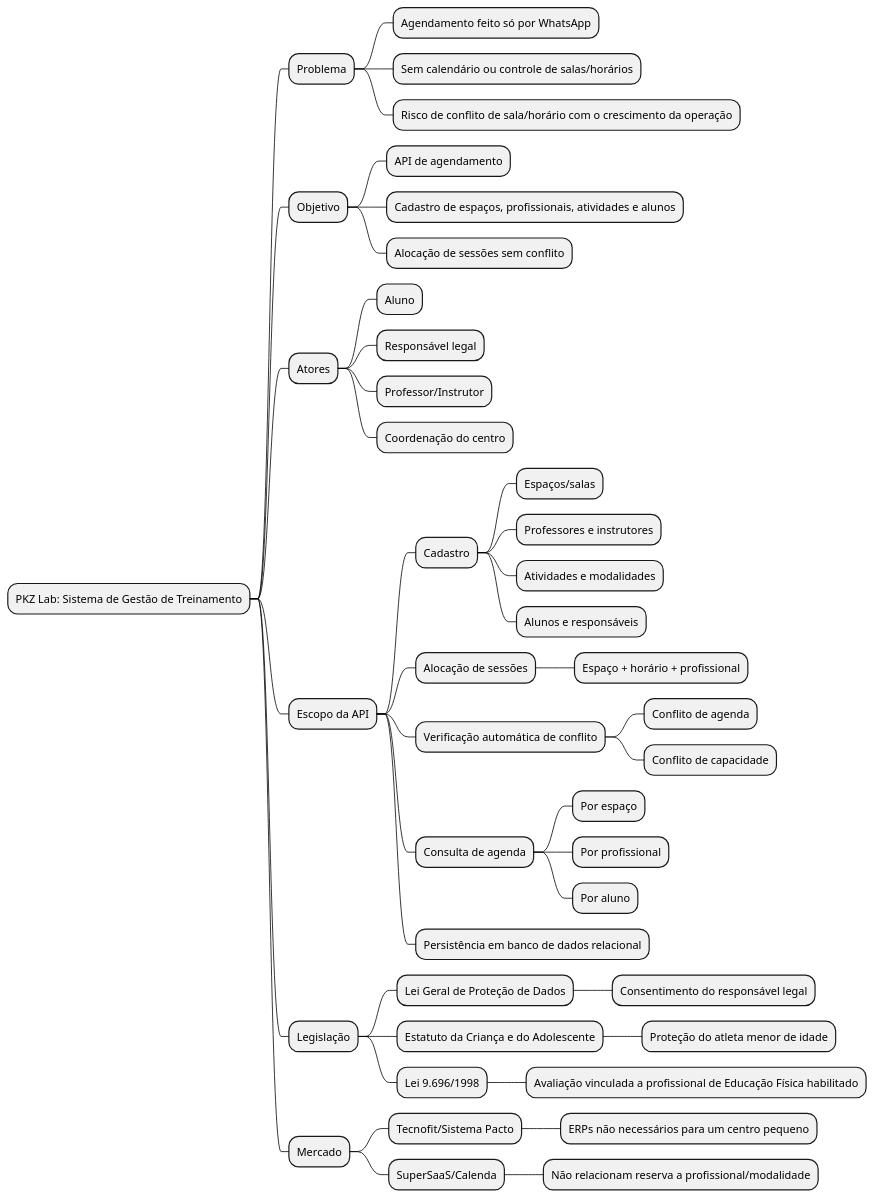
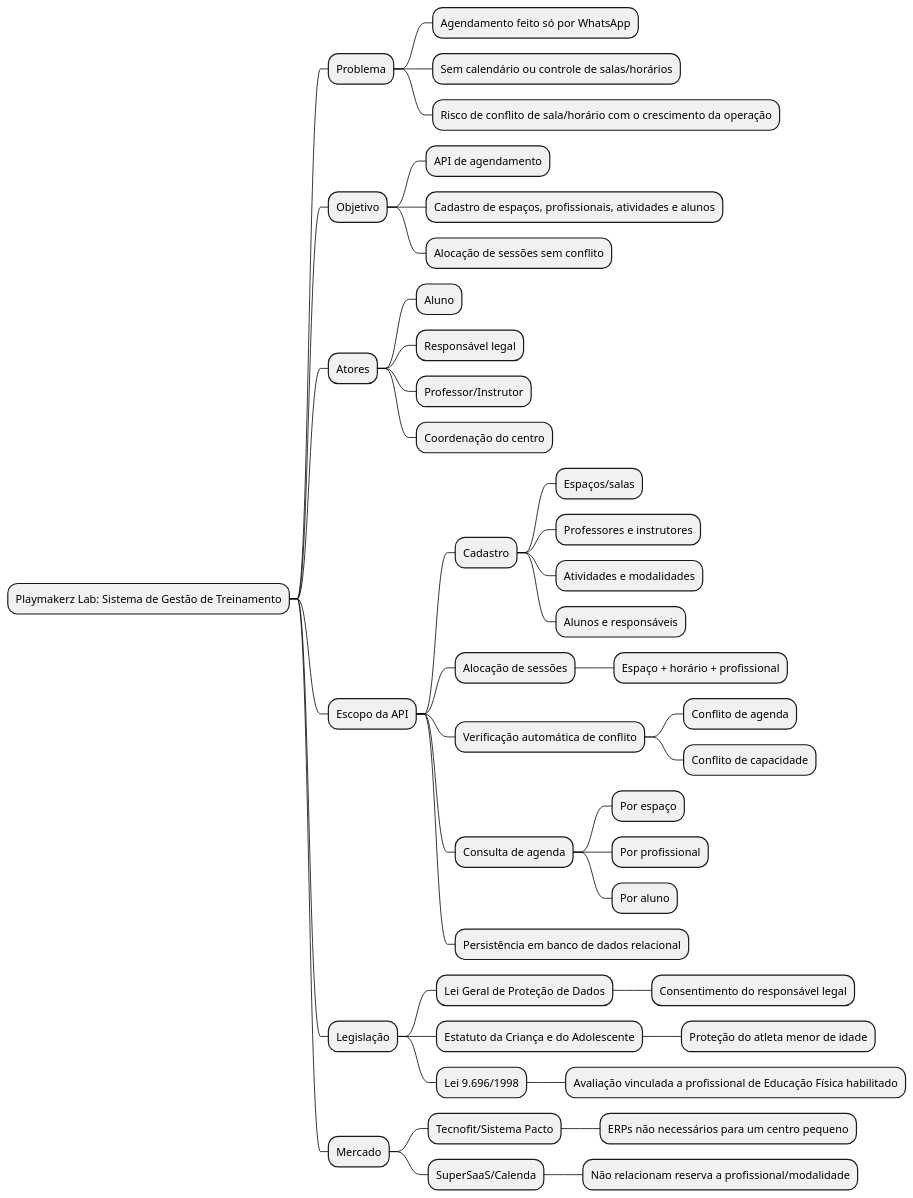
One commit to Projetos-de-Extensao/PECDII_26.2_8001_I changed the first of 2 diagrams in docs/Iniciacao/mapa_mental.md. Above: the diagram before and after it, drawn with PlantUML. The commit also changed other lines of this file and 6 other files, not shown here.

````diff
--- a/docs/Iniciacao/mapa_mental.md
+++ b/docs/Iniciacao/mapa_mental.md
@@ -22,50 +22,50 @@
 ```plantuml
 @startmindmap pkz_lab_mapa_mental
 skinparam monochrome true
 skinparam ArrowColor #000000
 skinparam NodeFontSize 14
 
-* PKZ Lab: Sistema de Gestão de Treinamento
+* Playmakerz Lab: Sistema de Gestão de Treinamento
 ** Problema
 *** Agendamento feito só por WhatsApp
 *** Sem calendário ou controle de salas/horários
 *** Risco de conflito de sala/horário com o crescimento da operação
 ** Objetivo
 *** API de agendamento
 *** Cadastro de espaços, profissionais, atividades e alunos
 *** Alocação de sessões sem conflito
 ** Atores
 *** Aluno
 *** Responsável legal
 *** Professor/Instrutor
 *** Coordenação do centro
 ** Escopo da API
 *** Cadastro
     **** Espaços/salas
     **** Professores e instrutores
     **** Atividades e modalidades
     **** Alunos e responsáveis
 *** Alocação de sessões
     **** Espaço + horário + profissional
 *** Verificação automática de conflito
     **** Conflito de agenda
     **** Conflito de capacidade
 *** Consulta de agenda
     **** Por espaço
     **** Por profissional
     **** Por aluno
 *** Persistência em banco de dados relacional
 ** Legislação
 *** Lei Geral de Proteção de Dados
     **** Consentimento do responsável legal
 *** Estatuto da Criança e do Adolescente
     **** Proteção do atleta menor de idade
 *** Lei 9.696/1998
     **** Avaliação vinculada a profissional de Educação Física habilitado
 ** Mercado
 *** Tecnofit/Sistema Pacto
     **** ERPs não necessários para um centro pequeno
 *** SuperSaaS/Calenda
     **** Não relacionam reserva a profissional/modalidade
 @endmindmap
 ```
````
